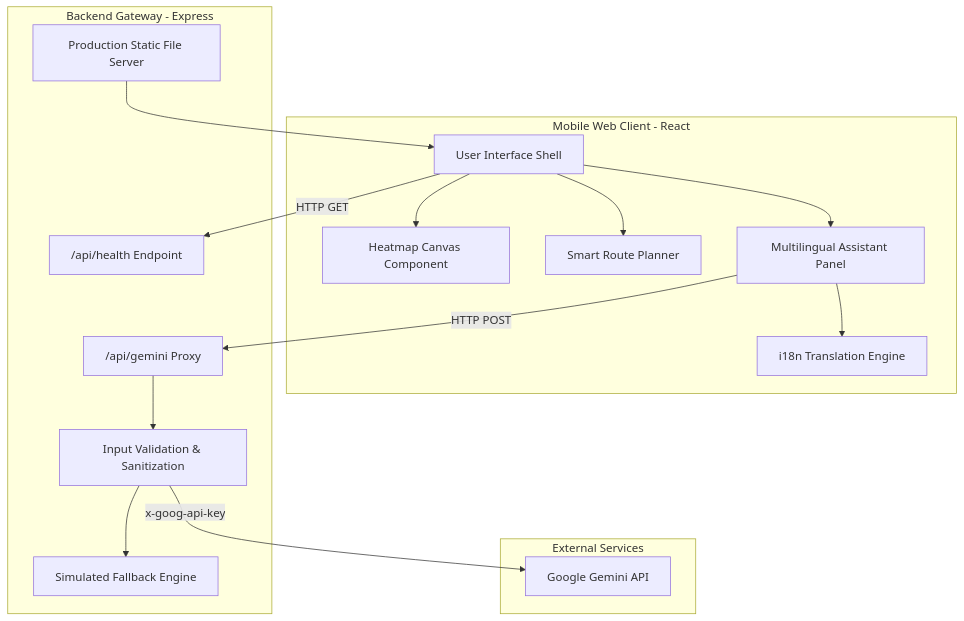
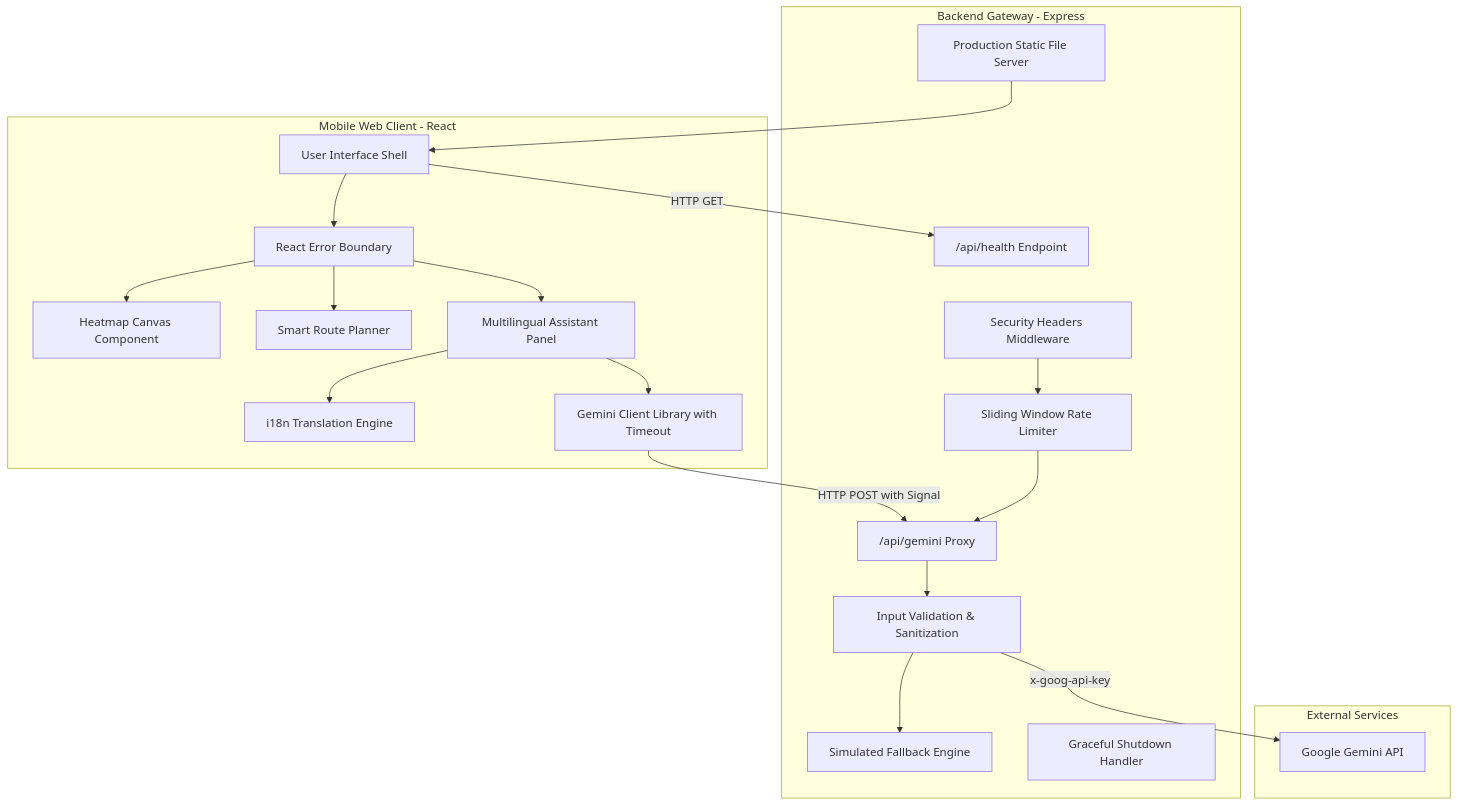
The diagram in README.md (Mrvikas06/Stadium-Ai), drawn with Mermaid before and after one commit. The commit also changed other lines of this file, not shown here.

````diff
--- a/README.md
+++ b/README.md
@@ -20,34 +20,43 @@
 ```mermaid
 flowchart TD
     subgraph Client [Mobile Web Client - React]
         UI[User Interface Shell]
+        EB[React Error Boundary]
         Heatmap[Heatmap Canvas Component]
         Router[Smart Route Planner]
         Assistant[Multilingual Assistant Panel]
         I18n[i18n Translation Engine]
+        ClientLib[Gemini Client Library with Timeout]
     end
 
     subgraph Server [Backend Gateway - Express]
+        SecurityHeaders[Security Headers Middleware]
+        RateLimiter[Sliding Window Rate Limiter]
         HealthEP["/api/health Endpoint"]
         GeminiEP["/api/gemini Proxy"]
         Validator[Input Validation & Sanitization]
         FallbackEngine[Simulated Fallback Engine]
         StaticServer[Production Static File Server]
+        ShutdownMgr[Graceful Shutdown Handler]
     end
 
     subgraph External [External Services]
         GeminiAPI[Google Gemini API]
     end
 
-    UI --> Heatmap
-    UI --> Router
-    UI --> Assistant
+    UI --> EB
+    EB --> Heatmap
+    EB --> Router
+    EB --> Assistant
     Assistant --> I18n
-    Assistant -->|HTTP POST| GeminiEP
+    Assistant --> ClientLib
+    ClientLib -->|HTTP POST with Signal| GeminiEP
     UI -->|HTTP GET| HealthEP
 
+    SecurityHeaders --> RateLimiter
+    RateLimiter --> GeminiEP
     GeminiEP --> Validator
     Validator --> FallbackEngine
     Validator -->|x-goog-api-key| GeminiAPI
     StaticServer --> UI
 ```
````
